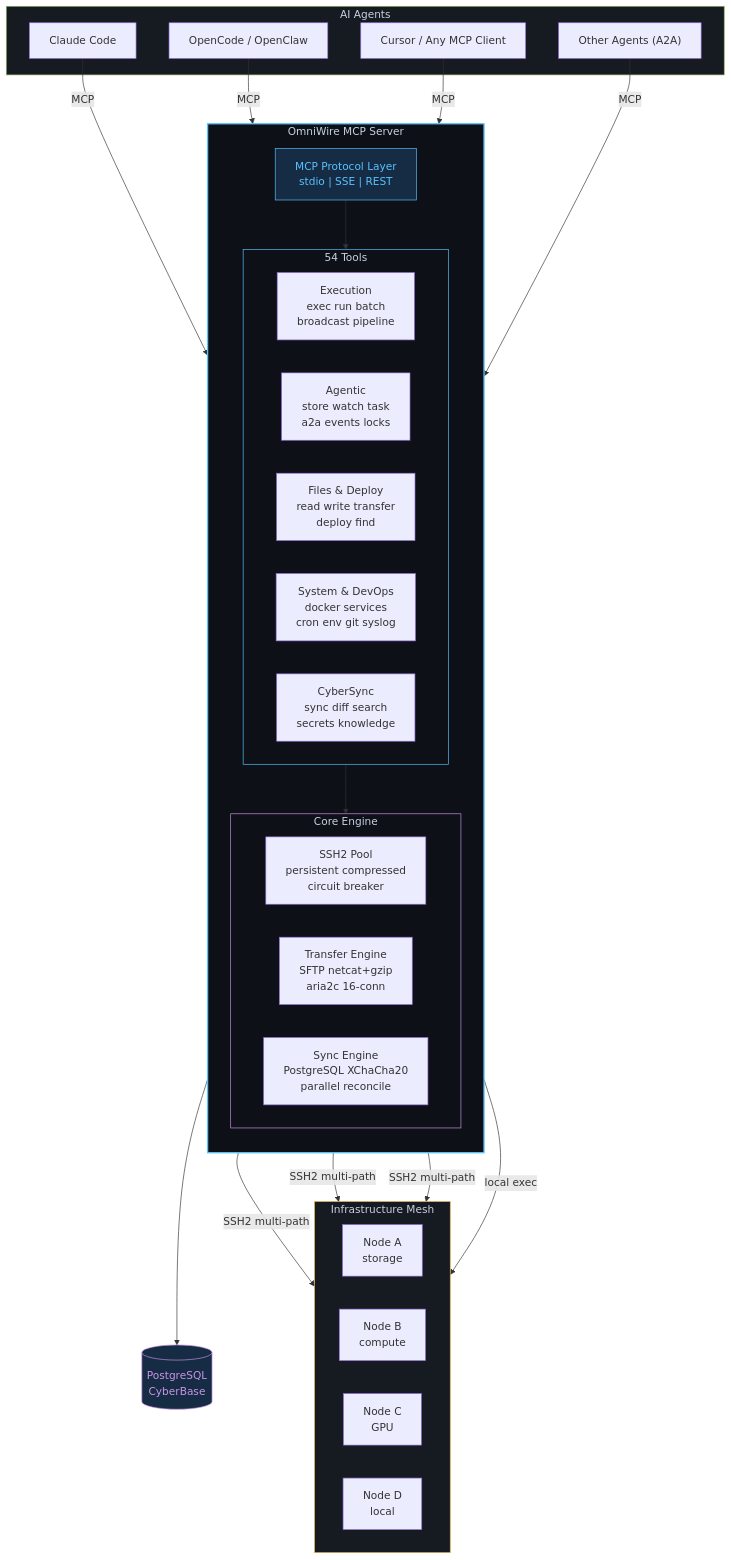
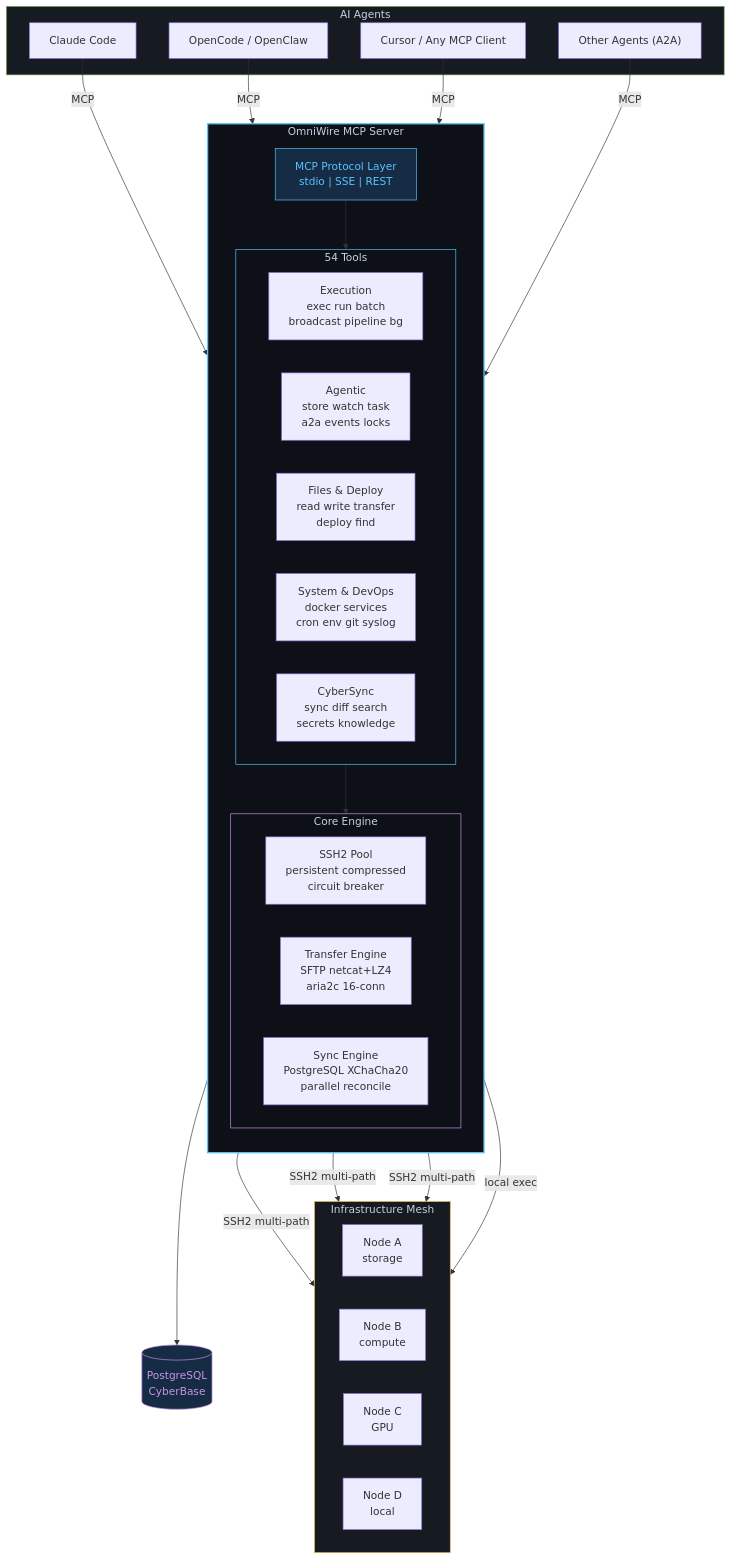
One commit to VoidChecksum/omniwire changed the diagram in README.md. Above: the diagram before and after it, drawn with Mermaid. The commit also changed other lines of this file and 2 other files, not shown here.

````diff
--- a/README.md
+++ b/README.md
@@ -84,55 +55,55 @@
 ```mermaid
 graph TB
     subgraph clients["AI Agents"]
         CC["Claude Code"]
         OC["OpenCode / OpenClaw"]
         CU["Cursor / Any MCP Client"]
         A2["Other Agents (A2A)"]
     end
 
     subgraph omniwire["OmniWire MCP Server"]
         direction TB
         MCP["MCP Protocol Layer<br/>stdio | SSE | REST"]
 
         subgraph tools["54 Tools"]
             direction LR
-            EXEC["Execution<br/>exec  run  batch<br/>broadcast  pipeline"]
+            EXEC["Execution<br/>exec  run  batch<br/>broadcast  pipeline  bg"]
             AGENT["Agentic<br/>store  watch  task<br/>a2a  events  locks"]
             FILES["Files & Deploy<br/>read  write  transfer<br/>deploy  find"]
             SYS["System & DevOps<br/>docker  services<br/>cron  env  git  syslog"]
             SYNC["CyberSync<br/>sync  diff  search<br/>secrets  knowledge"]
         end
 
         subgraph engine["Core Engine"]
             direction LR
             POOL["SSH2 Pool<br/>persistent  compressed<br/>circuit breaker"]
-            XFER["Transfer Engine<br/>SFTP  netcat+gzip<br/>aria2c 16-conn"]
+            XFER["Transfer Engine<br/>SFTP  netcat+LZ4<br/>aria2c 16-conn"]
             CSYNC["Sync Engine<br/>PostgreSQL  XChaCha20<br/>parallel reconcile"]
         end
     end
 
     subgraph mesh["Infrastructure Mesh"]
         direction LR
         N1["Node A<br/>storage"]
         N2["Node B<br/>compute"]
         N3["Node C<br/>GPU"]
         N4["Node D<br/>local"]
     end
 
     DB[("PostgreSQL<br/>CyberBase")]
 
     CC & OC & CU & A2 -->|MCP| MCP
     MCP --> tools
     tools --> engine
     POOL -->|"SSH2 multi-path"| N1 & N2 & N3
     POOL -->|"local exec"| N4
     CSYNC --> DB
 
     style omniwire fill:#0D1117,stroke:#59C2FF,stroke-width:2px,color:#C6D0E1
     style clients fill:#161B22,stroke:#91B362,stroke-width:1px,color:#C6D0E1
     style mesh fill:#161B22,stroke:#E6B450,stroke-width:1px,color:#C6D0E1
     style tools fill:#0D1117,stroke:#59C2FF,stroke-width:1px,color:#C6D0E1
     style engine fill:#0D1117,stroke:#CC93E6,stroke-width:1px,color:#C6D0E1
     style MCP fill:#162B44,stroke:#59C2FF,color:#59C2FF
     style DB fill:#162B44,stroke:#CC93E6,color:#CC93E6
 ```
````
